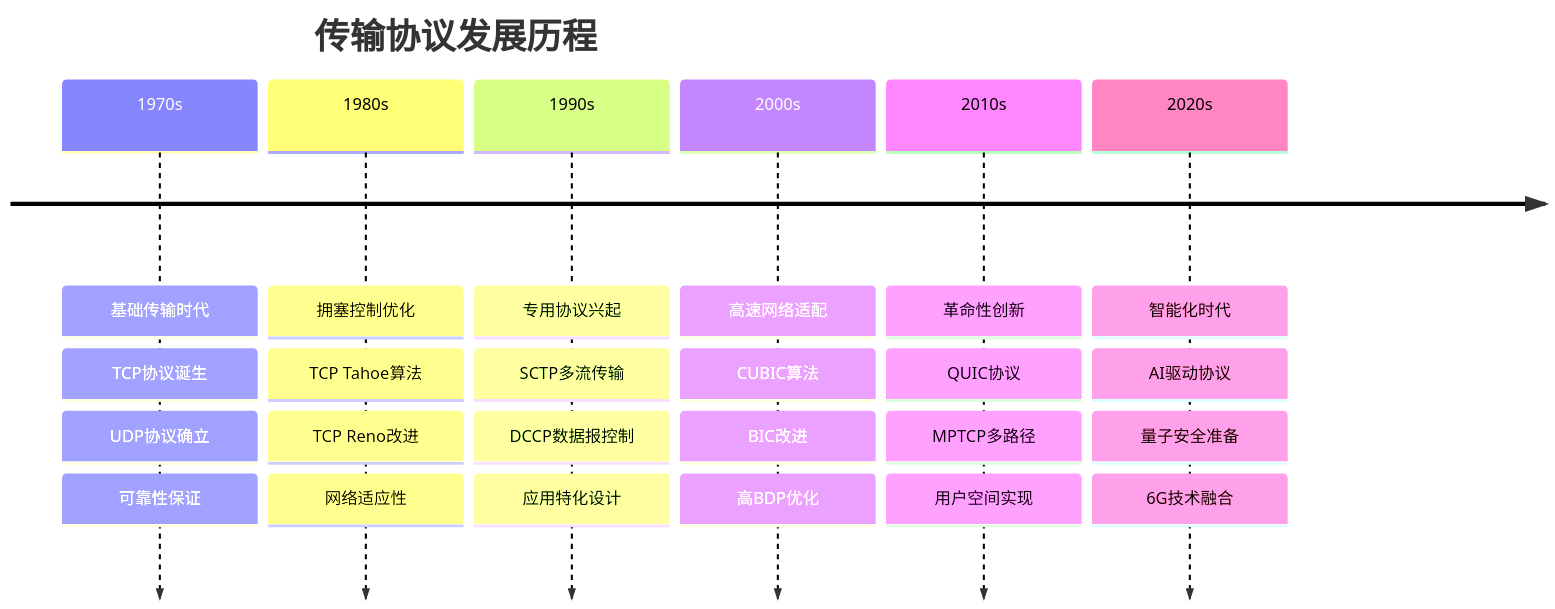
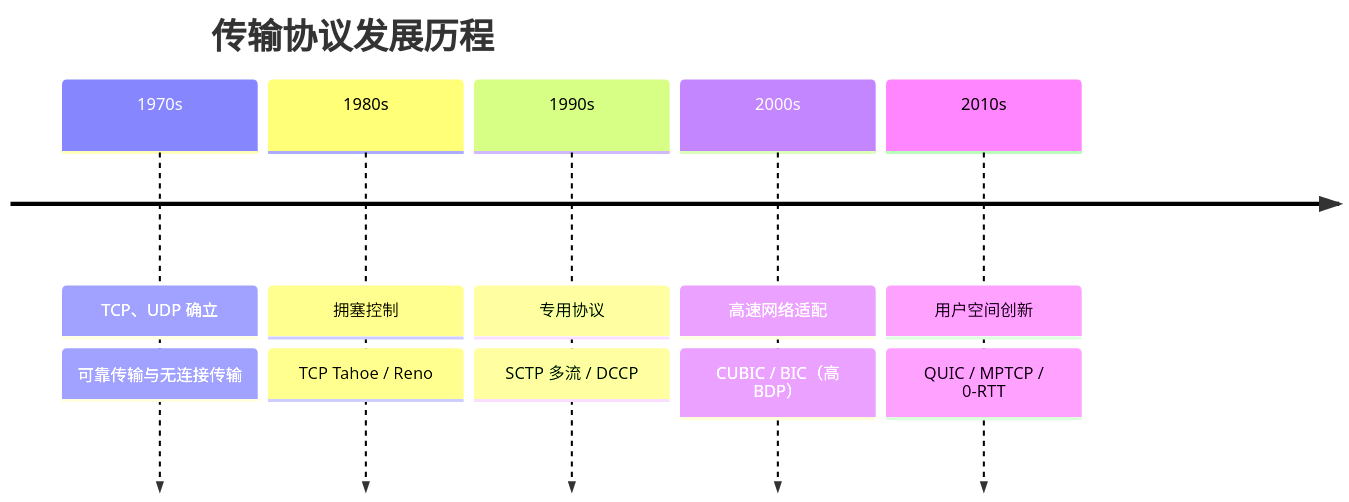
One commit to Dtheme/CS-base changed the first of 11 diagrams in 计算机网络/3.7传输层：现代传输技术.md. Above: the diagram before and after it, drawn with Mermaid. The commit also changed other lines of this file and 51 other files, not shown here.

````diff
--- a/计算机网络/3.7传输层：现代传输技术.md
+++ b/计算机网络/3.7传输层：现代传输技术.md
@@ -26,34 +20,14 @@
 ```mermaid
 timeline
     title 传输协议发展历程
-    
-    1970s : 基础传输时代
-          : TCP协议诞生
-          : UDP协议确立
-          : 可靠性保证
-    
-    1980s : 拥塞控制优化
-          : TCP Tahoe算法
-          : TCP Reno改进
-          : 网络适应性
-    
-    1990s : 专用协议兴起
-          : SCTP多流传输
-          : DCCP数据报控制
-          : 应用特化设计
-    
+    1970s : TCP、UDP 确立
+          : 可靠传输与无连接传输
+    1980s : 拥塞控制
+          : TCP Tahoe / Reno
+    1990s : 专用协议
+          : SCTP 多流 / DCCP
     2000s : 高速网络适配
-          : CUBIC算法
-          : BIC改进
-          : 高BDP优化
-    
-    2010s : 革命性创新
-          : QUIC协议
-          : MPTCP多路径
-          : 用户空间实现
-    
-    2020s : 智能化时代
-          : AI驱动协议
-          : 量子安全准备
-          : 6G技术融合
+          : CUBIC / BIC（高 BDP）
+    2010s : 用户空间创新
+          : QUIC / MPTCP / 0-RTT
 ```
````
